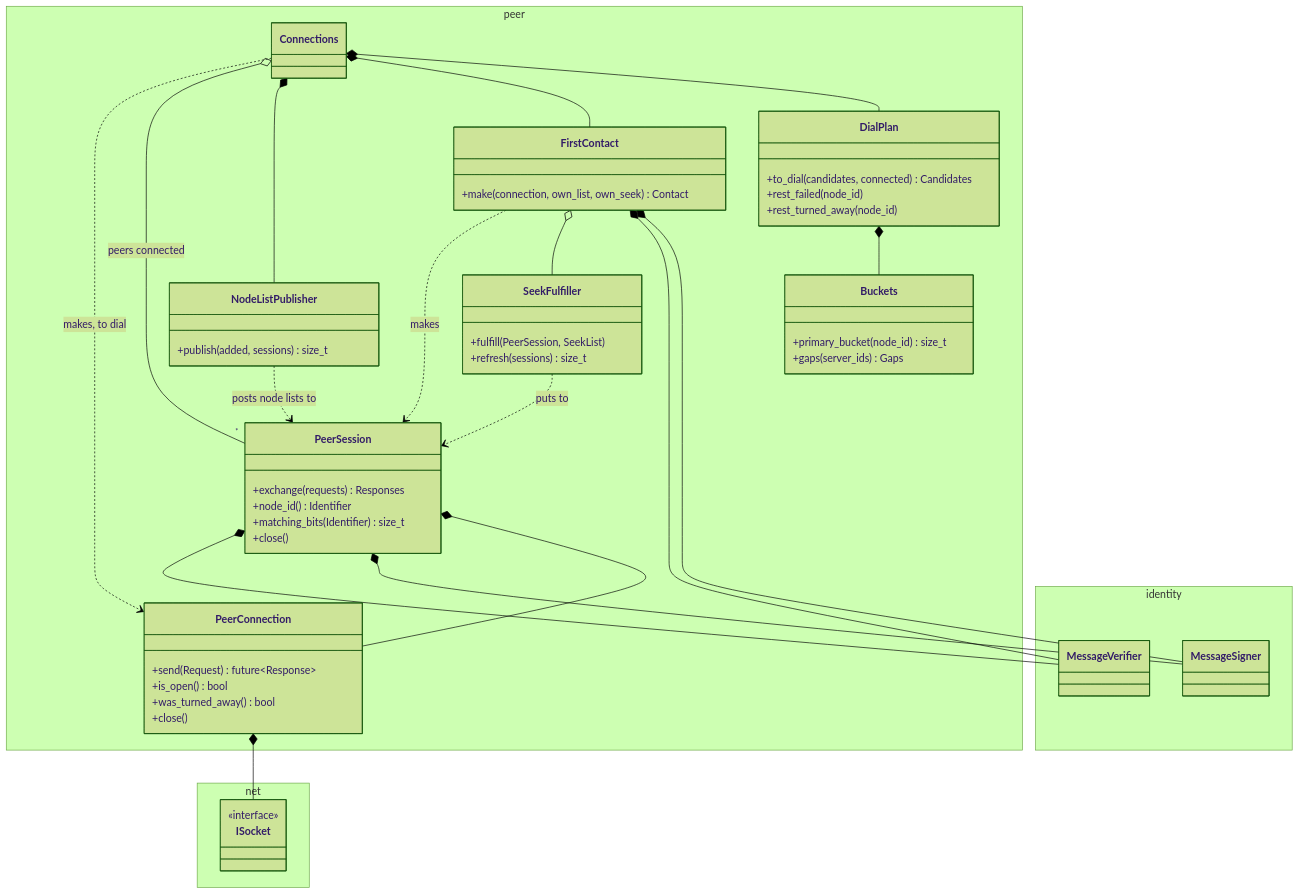
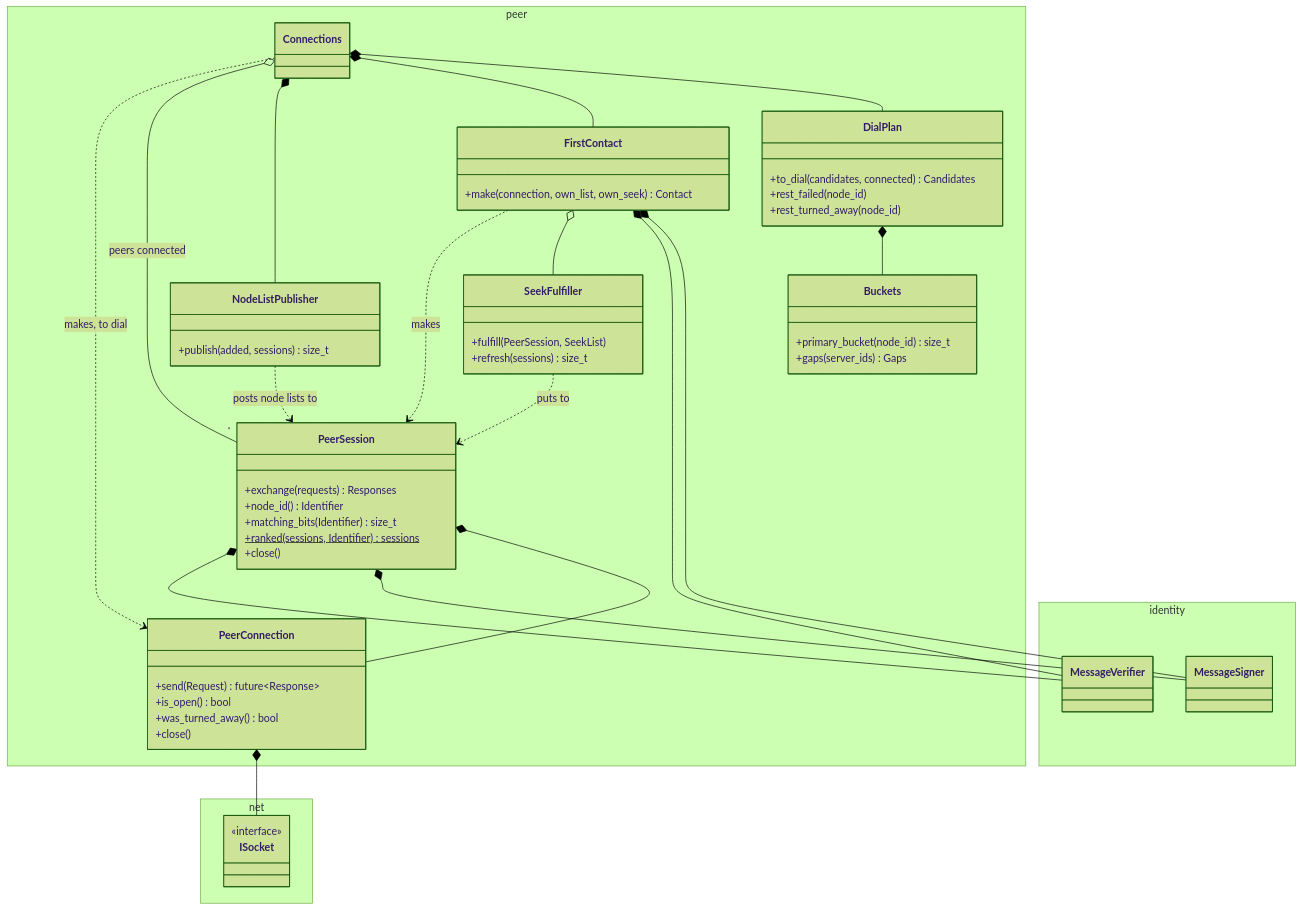
The eighth of 17 diagrams in cpp/docs/Overview.md (marcpage/libranet), drawn with Mermaid (forest theme) before and after one commit. The commit also changed other lines of this file and 22 other files, not shown here.

````diff
--- a/cpp/docs/Overview.md
+++ b/cpp/docs/Overview.md
@@ -717,64 +718,65 @@
 ```mermaid
 classDiagram
     direction TB
     namespace peer {
         class Connections
         class DialPlan {
             +to_dial(candidates, connected) Candidates
             +rest_failed(node_id)
             +rest_turned_away(node_id)
         }
         class Buckets {
             +primary_bucket(node_id) size_t
             +gaps(server_ids) Gaps
         }
         class FirstContact {
             +make(connection, own_list, own_seek) Contact
         }
         class NodeListPublisher {
             +publish(added, sessions) size_t
         }
         class SeekFulfiller {
             +fulfill(PeerSession, SeekList)
             +refresh(sessions) size_t
         }
         class PeerSession {
             +exchange(requests) Responses
             +node_id() Identifier
             +matching_bits(Identifier) size_t
+            +ranked(sessions, Identifier)$ sessions
             +close()
         }
         class PeerConnection {
             +send(Request) future~Response~
             +is_open() bool
             +was_turned_away() bool
             +close()
         }
     }
     namespace identity {
         class MessageSigner
         class MessageVerifier
     }
     namespace net {
         class ISocket {
             <<interface>>
         }
     }
 
     Connections *-- DialPlan
     Connections *-- FirstContact
     Connections *-- NodeListPublisher
     Connections o-- "*" PeerSession : peers connected
     Connections ..> PeerConnection : makes, to dial
     DialPlan *-- Buckets
     FirstContact *-- MessageSigner
     FirstContact *-- MessageVerifier
     FirstContact o-- SeekFulfiller
     FirstContact ..> PeerSession : makes
     NodeListPublisher ..> PeerSession : posts node lists to
     SeekFulfiller ..> PeerSession : puts to
     PeerSession *-- PeerConnection
     PeerSession *-- MessageSigner
     PeerSession *-- MessageVerifier
     PeerConnection *-- ISocket
 ```
````
